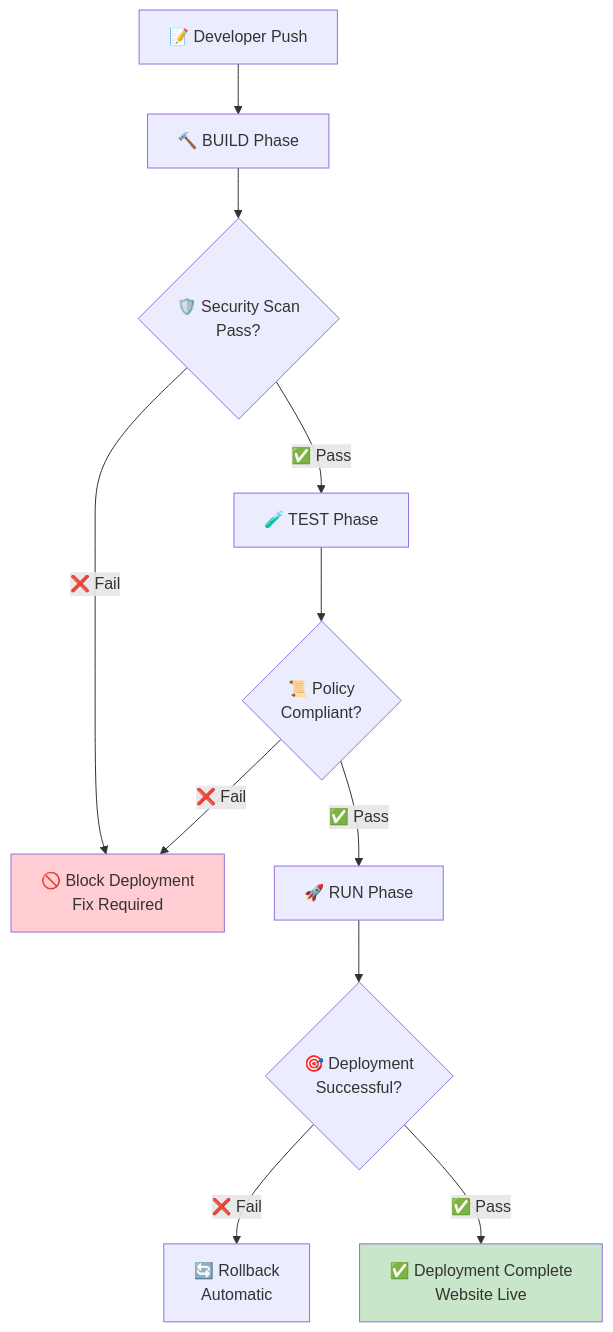
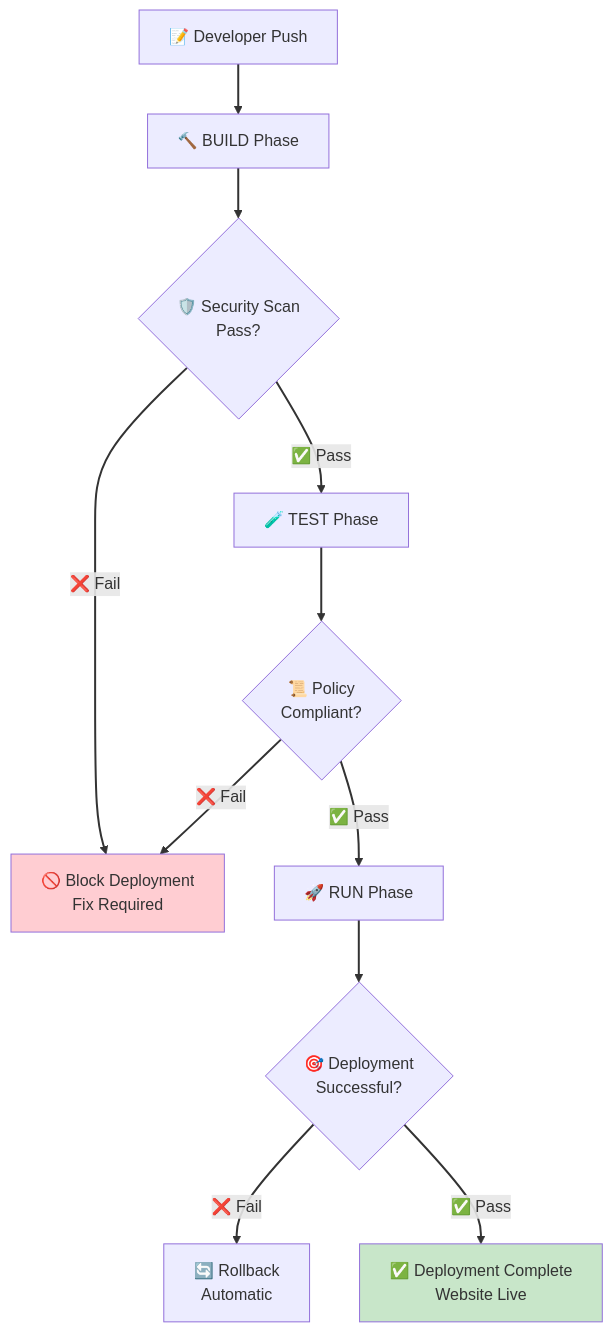
One commit to Celtikill/static-site changed the second of 6 diagrams in docs/ci-cd.md. Above: the diagram before and after it, drawn with Mermaid. The commit also changed other lines of this file and 17 other files, not shown here.

````diff
--- a/docs/ci-cd.md
+++ b/docs/ci-cd.md
@@ -61,16 +75,31 @@
 ```mermaid
+%%{init: {'theme':'default', 'themeVariables': {'fontSize':'16px'}}}%%
 graph TD
+    accTitle: CI/CD Security Gates and Decision Flow
+    accDescr: Progressive security validation flow with fail-fast decision gates protecting production deployments. Developer code pushes trigger the BUILD phase which performs Checkov and Trivy security scanning. Failed scans immediately block deployment requiring fixes, while passing scans advance to the TEST phase. The TEST phase validates OPA security and compliance policies. Policy violations block deployment and require remediation, while compliant code advances to the RUN phase for actual deployment. The RUN phase deploys infrastructure and website content with automated health validation. Deployment failures trigger automatic rollback to the last known good state preserving service availability, while successful deployments complete with the website going live. This multi-gate approach implements defense-in-depth validation with clear pass/fail decision points, creating comprehensive audit trails for security and compliance. Each gate reduces risk progressively, catching issues earlier in the pipeline where remediation costs are lower and blast radius is contained.
+
     A["📝 Developer Push"] --> B["🔨 BUILD Phase"]
     B --> C{"🛡️ Security Scan<br/>Pass?"}
     C -->|"❌ Fail"| D["🚫 Block Deployment<br/>Fix Required"]
     C -->|"✅ Pass"| E["🧪 TEST Phase"]
     E --> F{"📜 Policy<br/>Compliant?"}
     F -->|"❌ Fail"| D
     F -->|"✅ Pass"| G["🚀 RUN Phase"]
     G --> H{"🎯 Deployment<br/>Successful?"}
     H -->|"❌ Fail"| I["🔄 Rollback<br/>Automatic"]
     H -->|"✅ Pass"| J["✅ Deployment Complete<br/>Website Live"]
 
     style D fill:#ffcdd2
     style J fill:#c8e6c9
+
+    linkStyle 0 stroke:#333333,stroke-width:2px
+    linkStyle 1 stroke:#333333,stroke-width:2px
+    linkStyle 2 stroke:#333333,stroke-width:2px
+    linkStyle 3 stroke:#333333,stroke-width:2px
+    linkStyle 4 stroke:#333333,stroke-width:2px
+    linkStyle 5 stroke:#333333,stroke-width:2px
+    linkStyle 6 stroke:#333333,stroke-width:2px
+    linkStyle 7 stroke:#333333,stroke-width:2px
+    linkStyle 8 stroke:#333333,stroke-width:2px
+    linkStyle 9 stroke:#333333,stroke-width:2px
 ```
````
